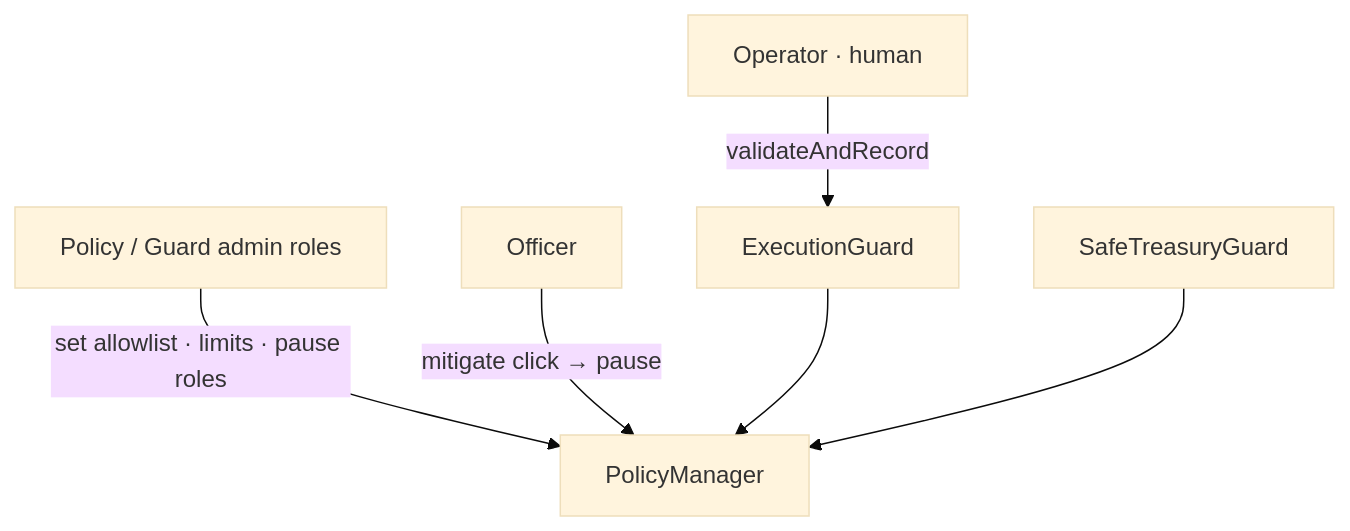
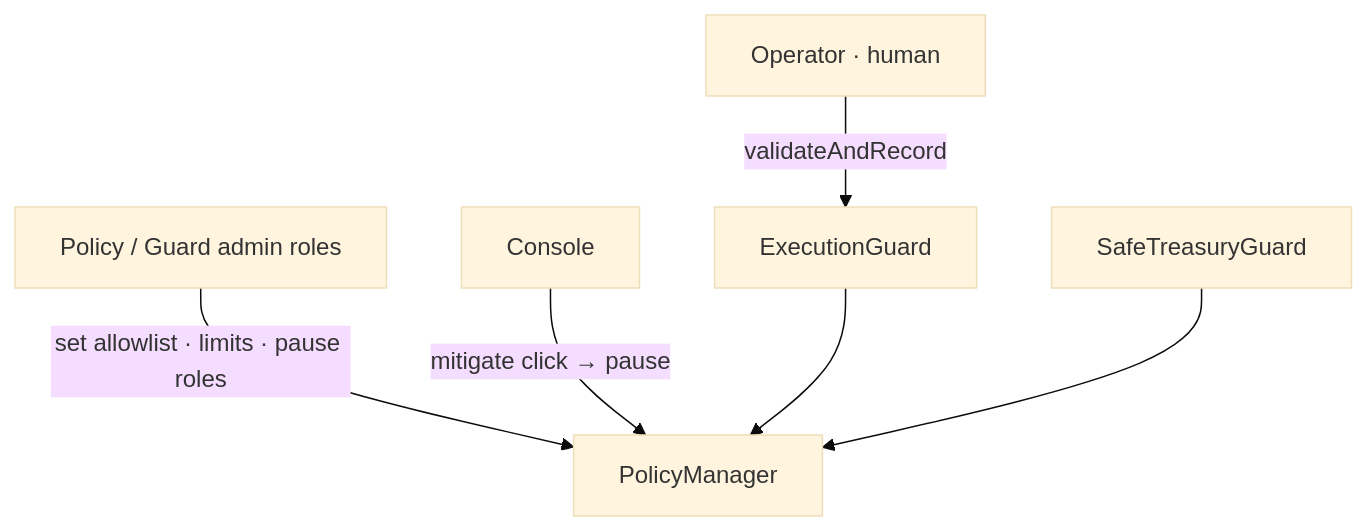
One commit to thesithunyein/arb-guardian changed the third of 7 diagrams in docs/architecture.md. Above: the diagram before and after it, drawn with Mermaid (base theme). The commit also changed other lines of this file and 18 other files, not shown here.

````diff
--- a/docs/architecture.md
+++ b/docs/architecture.md
@@ -107,12 +107,12 @@
 ```mermaid
 flowchart TB
   Admin[Policy / Guard admin roles]
   Operator[OPERATOR_ROLE]
   Operator[Operator · human]
 
   Admin -->|set allowlist · limits · pause roles| PM[PolicyManager]
   Operator -->|validateAndRecord| EG[ExecutionGuard]
-  Officer -->|mitigate click → pause| PM
+  Console -->|mitigate click → pause| PM
   EG --> PM
   STG[SafeTreasuryGuard] --> PM
 ```
````
